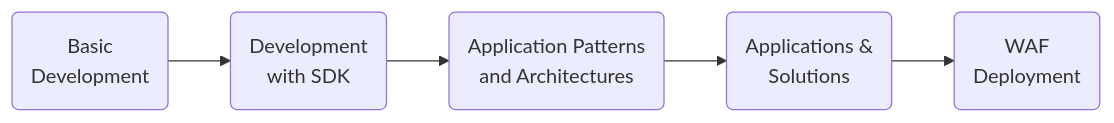
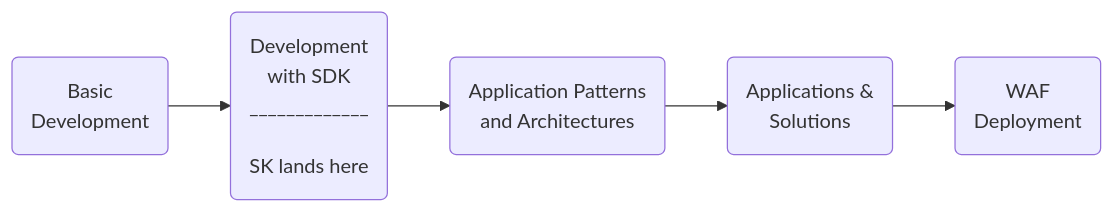
The diagram in README.md (msalemor/sk-dev-training), drawn with Mermaid before and after one commit.

````diff
--- a/README.md
+++ b/README.md
@@ -69,7 +69,7 @@
 ```mermaid
 graph LR;
-  A(Basic<br/>Development) --> B(Development<br/>with SDK)
+  A(Basic<br/>Development) --> B(Development<br/>with SDK<br/>_____________<br/> <br/>SK lands here)
   B-->C(Application Patterns<br/>and Architectures)
   C-->D(Applications &<br/>Solutions)
   D-->E(WAF<br/>Deployment)
 ```
````
